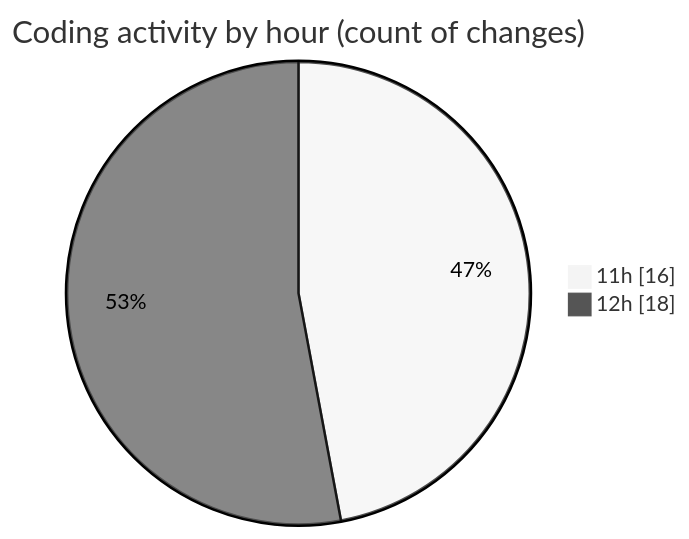
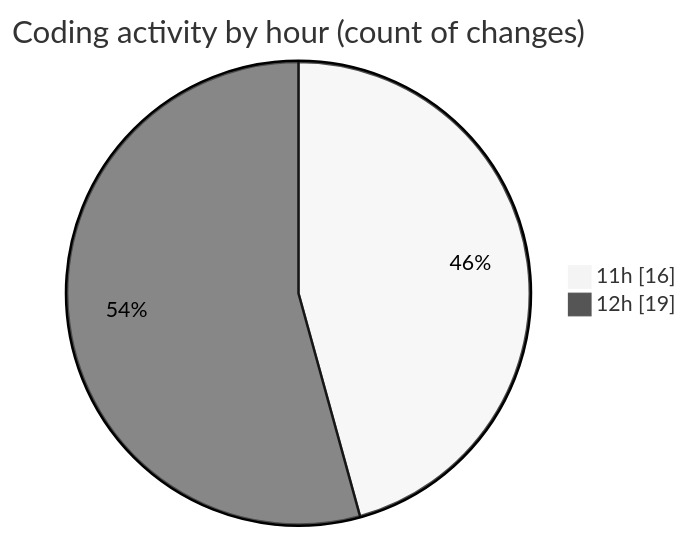
One commit to nxtqubesakshisongat/code-tracking changed the second of 2 diagrams in 2025-09-30/nxtqube_webapp/README.md. Above: the diagram before and after it, drawn with Mermaid (neutral theme). The commit also changed other lines of this file and 1 other file, not shown here.

````diff
--- a/2025-09-30/nxtqube_webapp/README.md
+++ b/2025-09-30/nxtqube_webapp/README.md
@@ -32,6 +32,6 @@
 ```mermaid
 pie showData
 title Coding activity by hour (count of changes)
 "11h" : 16
-"12h" : 18
+"12h" : 19
 ```
````
